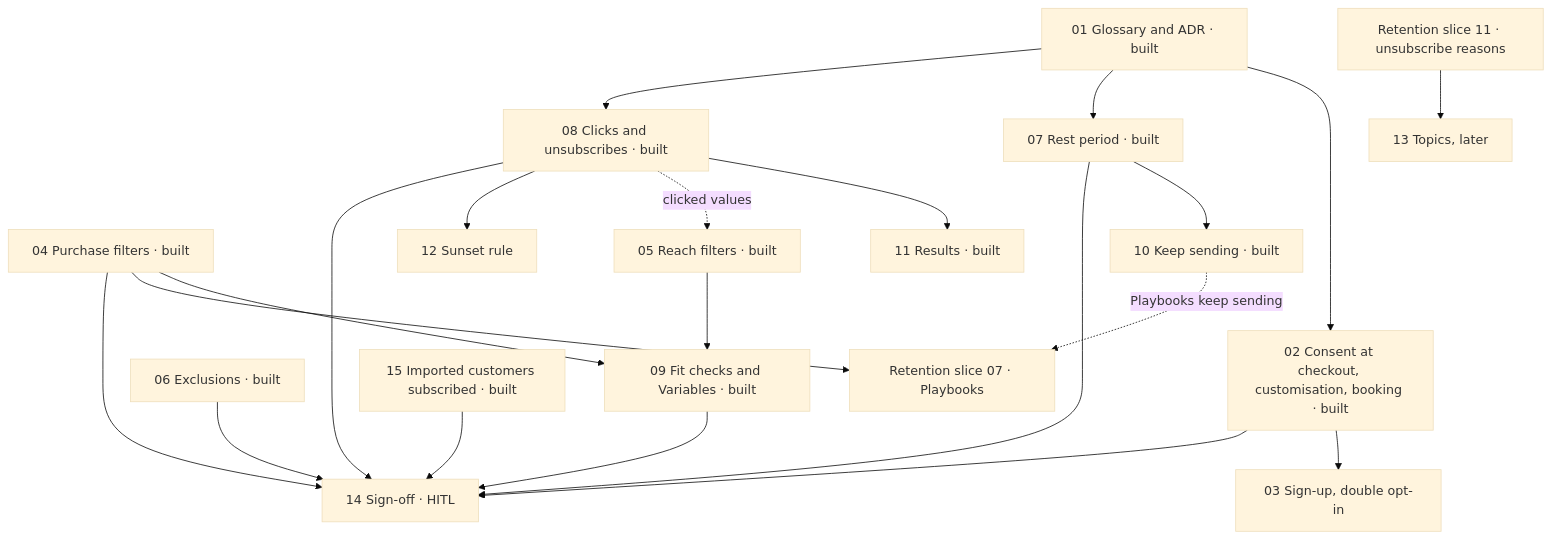
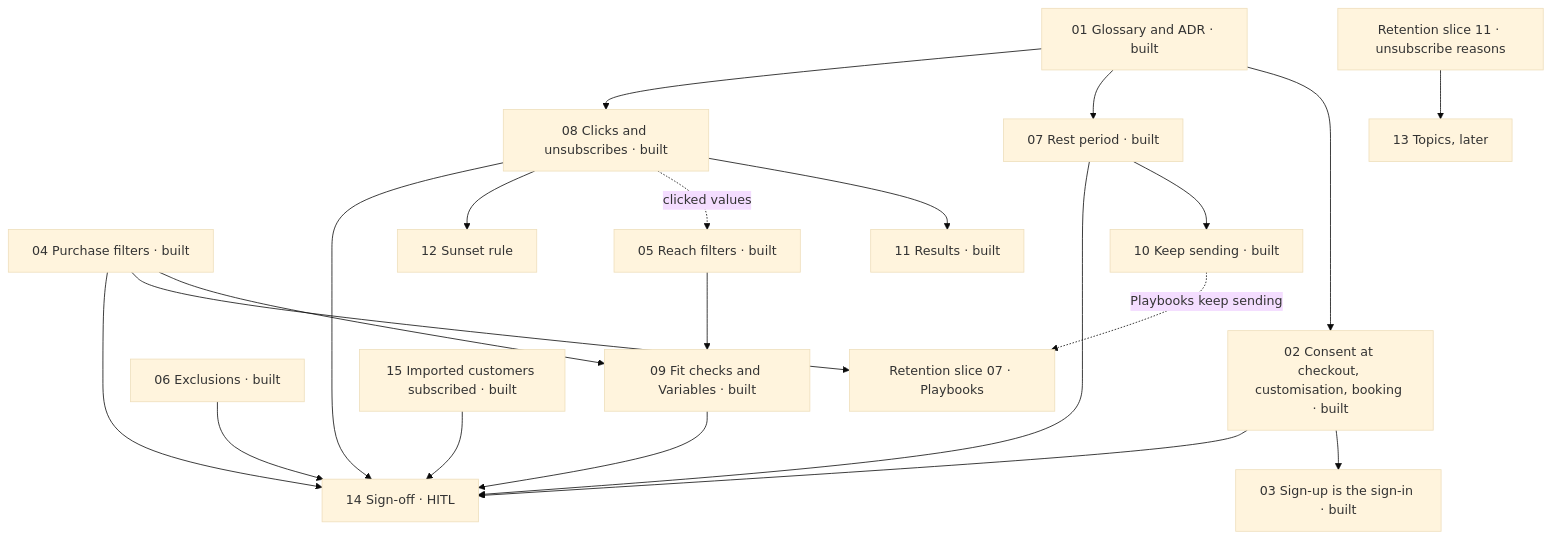
One commit to ivanyeors/mp changed the diagram in .claude/PRD-campaign-audiences/issues/README.md. Above: the diagram before and after it, drawn with Mermaid (base theme). The commit also changed other lines of this file and 42 other files, not shown here.

````diff
--- a/.claude/PRD-campaign-audiences/issues/README.md
+++ b/.claude/PRD-campaign-audiences/issues/README.md
@@ -34,39 +34,39 @@
 ```mermaid
 graph TD
   s01[01 Glossary and ADR · built]
   s02[02 Consent at checkout, customisation, booking · built]
-  s03[03 Sign-up, double opt-in]
+  s03[03 Sign-up is the sign-in · built]
   s04[04 Purchase filters · built]
   s05[05 Reach filters · built]
   s06[06 Exclusions · built]
   s07[07 Rest period · built]
   s08[08 Clicks and unsubscribes · built]
   s09[09 Fit checks and Variables · built]
   s10[10 Keep sending · built]
   s11[11 Results · built]
   s12[12 Sunset rule]
   s13[13 Topics, later]
   s14[14 Sign-off · HITL]
   s15[15 Imported customers subscribed · built]
   r07[Retention slice 07 · Playbooks]
   r11[Retention slice 11 · unsubscribe reasons]
 
   s15 --> s14
   s01 --> s02 --> s03
   s01 --> s07 --> s10
   s01 --> s08
   s08 --> s11
   s08 -. clicked values .-> s05
   s08 --> s12
   s04 --> s09
   s05 --> s09
   s04 --> r07
   s10 -. Playbooks keep sending .-> r07
   r11 --> s13
   s02 --> s14
   s04 --> s14
   s06 --> s14
   s07 --> s14
   s08 --> s14
   s09 --> s14
 ```
````
